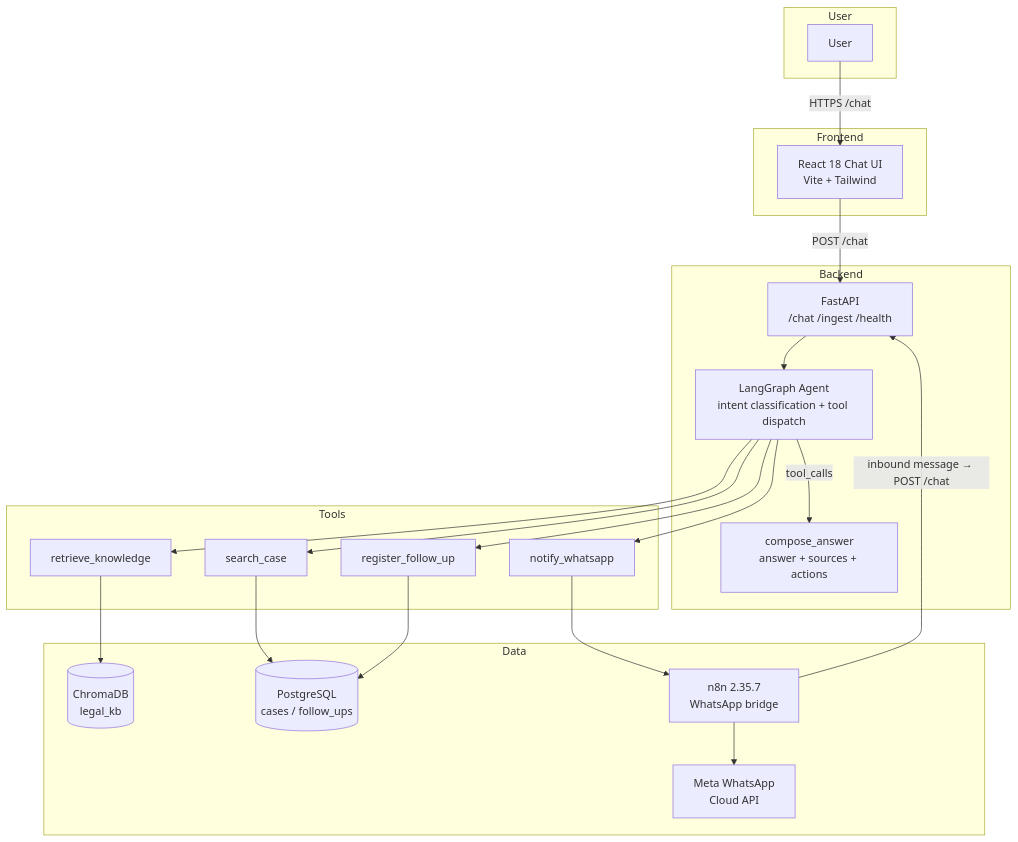
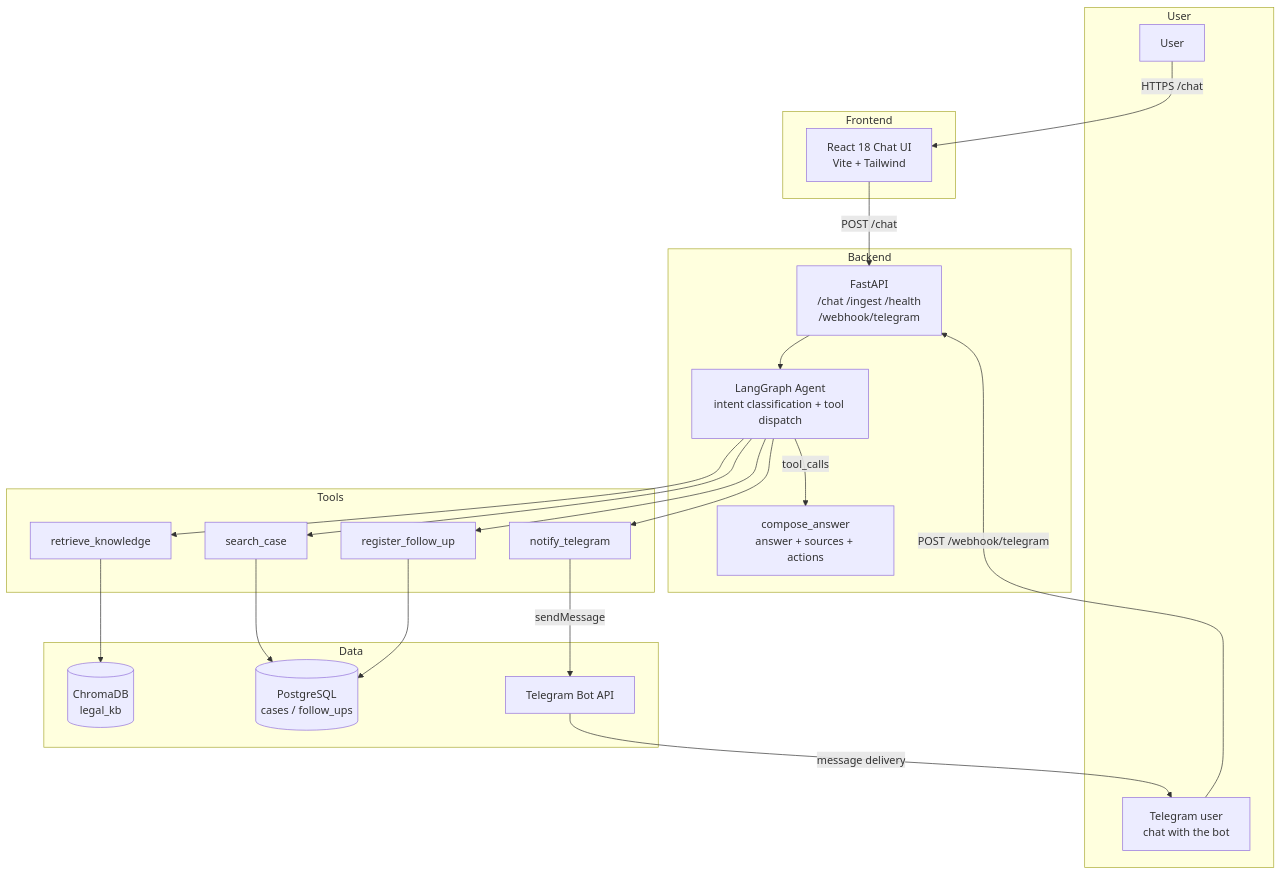
The diagram in README.md (CarlosDiazData/lexbot), drawn with Mermaid before and after one commit. The commit also changed other lines of this file and 5 other files, not shown here.

Commit message:
fix(api): send secret_token on setWebhook; docs: README Telegram channel

````diff
--- a/README.md
+++ b/README.md
@@ -7,45 +7,45 @@
 ```mermaid
 graph TD
     subgraph User
         U[User]
+        TG_USER[Telegram user<br/>chat with the bot]
     end
 
     subgraph Frontend
         UI[React 18 Chat UI<br/>Vite + Tailwind]
     end
 
     subgraph Backend
-        API[FastAPI<br/>/chat /ingest /health]
+        API[FastAPI<br/>/chat /ingest /health<br/>/webhook/telegram]
         AGENT[LangGraph Agent<br/>intent classification + tool dispatch]
         COMPOSE[compose_answer<br/>answer + sources + actions]
     end
 
     subgraph Tools
         RET[retrieve_knowledge]
         CASE[search_case]
         FUP[register_follow_up]
-        WA[notify_whatsapp]
+        NOTIFY[notify_telegram]
     end
 
     subgraph Data
         CHROMA[(ChromaDB<br/>legal_kb)]
         PG[(PostgreSQL<br/>cases / follow_ups)]
-        N8N[n8n 2.35.7<br/>WhatsApp bridge]
-        META[Meta WhatsApp<br/>Cloud API]
+        TELEGRAM[Telegram Bot API]
     end
 
     U -->|HTTPS /chat| UI
     UI -->|POST /chat| API
+    TG_USER -->|POST /webhook/telegram| API
     API --> AGENT
     AGENT -->|tool_calls| COMPOSE
     AGENT --> RET
     AGENT --> CASE
     AGENT --> FUP
-    AGENT --> WA
+    AGENT --> NOTIFY
     RET --> CHROMA
     CASE --> PG
     FUP --> PG
-    WA --> N8N
-    N8N --> META
-    N8N -->|inbound message → POST /chat| API
+    NOTIFY -->|sendMessage| TELEGRAM
+    TELEGRAM -->|message delivery| TG_USER
 ```
````
